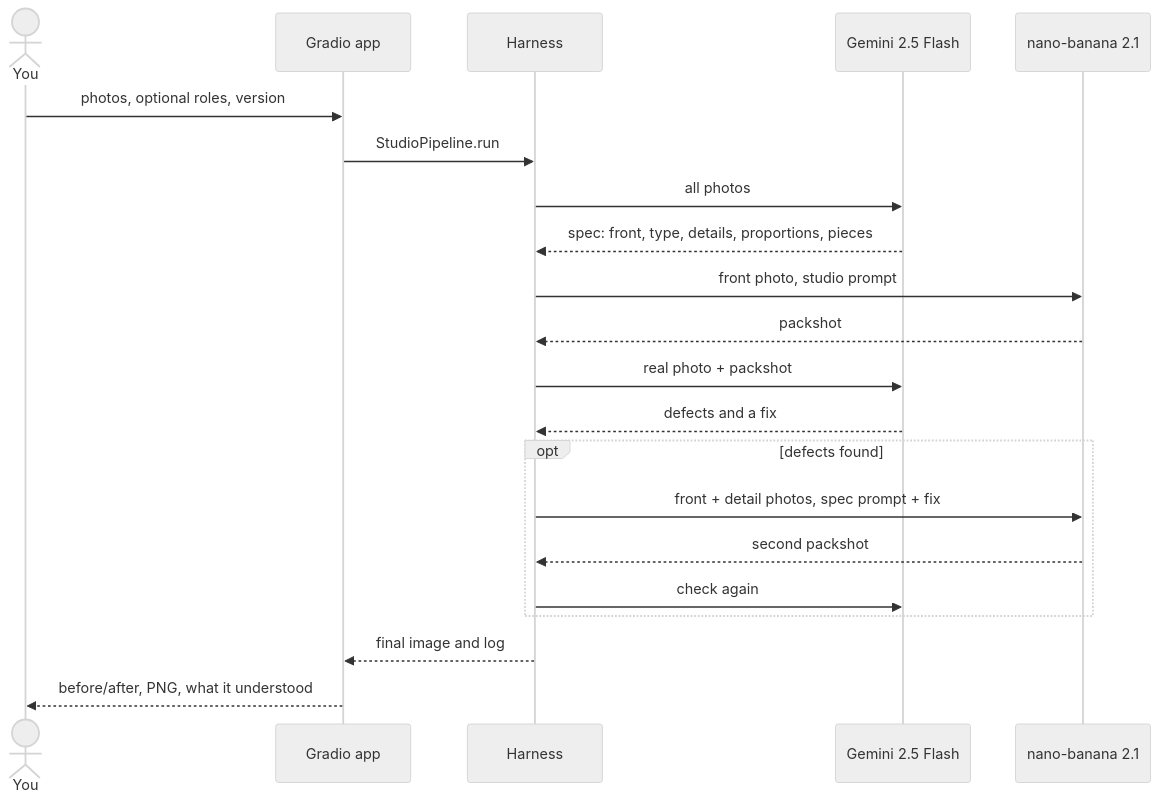
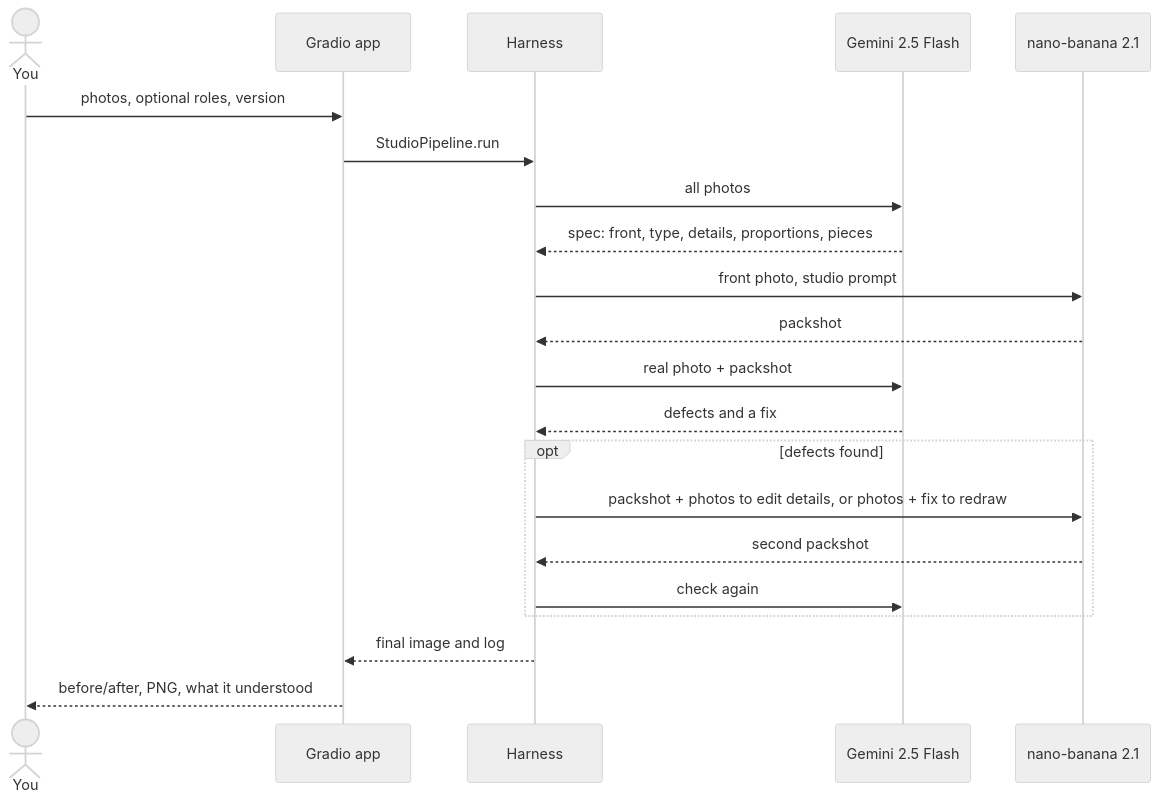
The second of 2 diagrams in README.md (neural-wave/ch-D3A24), drawn with Mermaid (neutral theme) before and after one commit. The commit also changed other lines of this file and 5 other files, not shown here.

First line of the commit message:
feat(reconstruction): v3 edits the packshot for detail defects and redraws for global ones

````diff
--- a/README.md
+++ b/README.md
@@ -40,23 +42,23 @@
 ```mermaid
 sequenceDiagram
     actor U as You
     participant App as Gradio app
     participant H as Harness
     participant V as Gemini 2.5 Flash
     participant G as nano-banana 2.1
     U->>App: photos, optional roles, version
     App->>H: StudioPipeline.run
     H->>V: all photos
     V-->>H: spec: front, type, details, proportions, pieces
     H->>G: front photo, studio prompt
     G-->>H: packshot
     H->>V: real photo + packshot
     V-->>H: defects and a fix
     opt defects found
-        H->>G: front + detail photos, spec prompt + fix
+        H->>G: packshot + photos to edit details, or photos + fix to redraw
         G-->>H: second packshot
         H->>V: check again
     end
     H-->>App: final image and log
     App-->>U: before/after, PNG, what it understood
 ```
````
